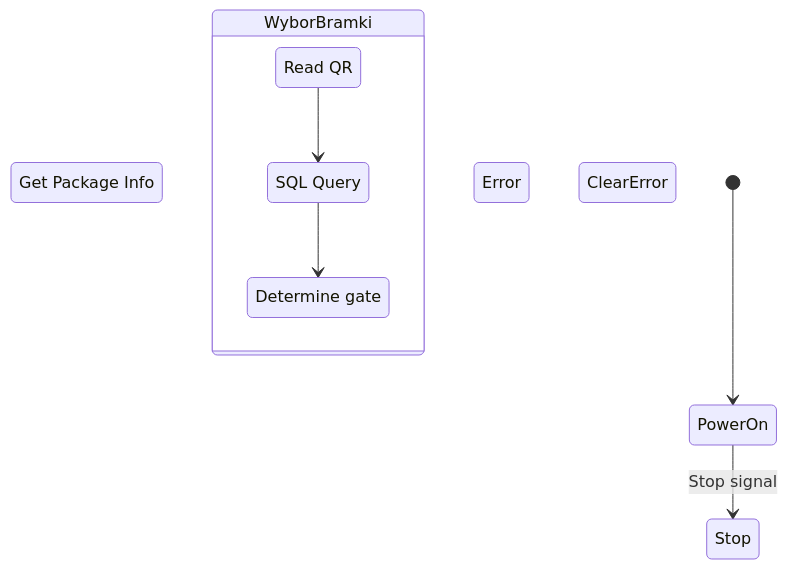
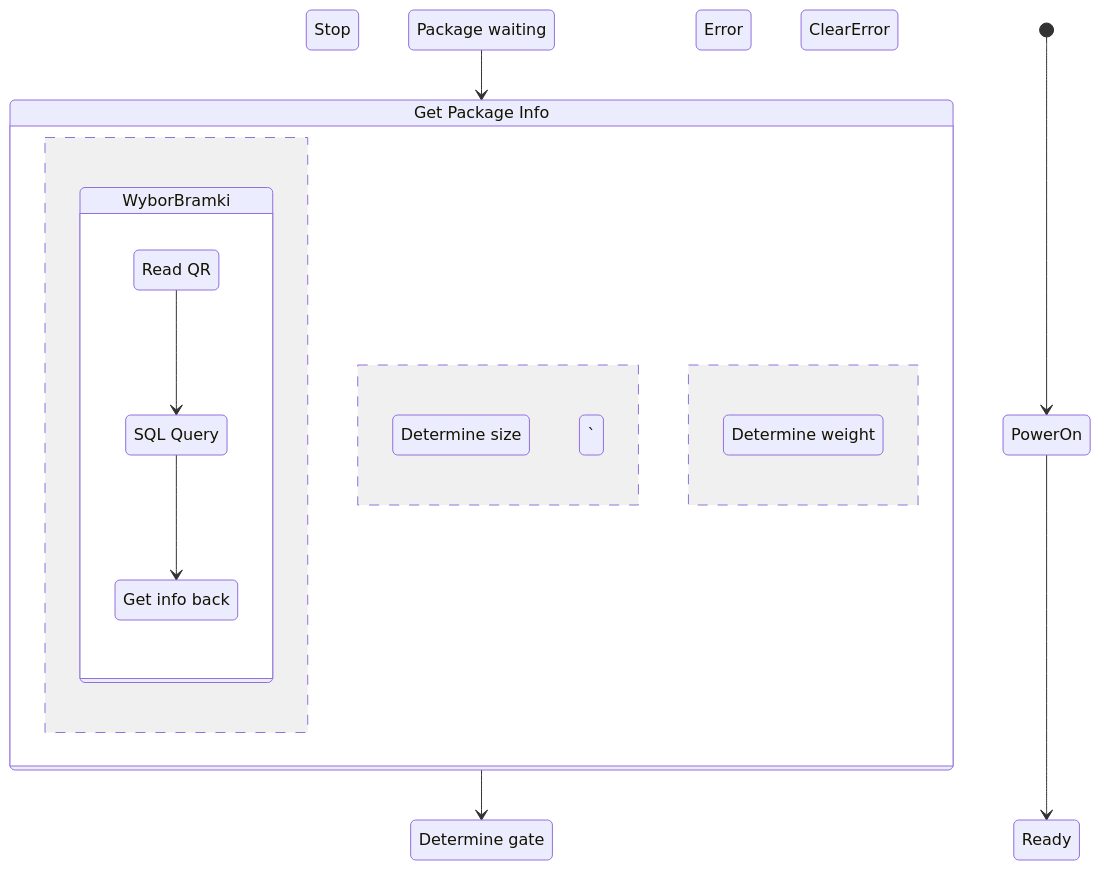
The diagram in README.md (oskarjozwik/ProjektPrzejsciowy), drawn with Mermaid before and after one commit.

````diff
--- a/README.md
+++ b/README.md
@@ -1,24 +1,37 @@
 ```mermaid
 stateDiagram-v2
 %% https://mermaid.ai/open-source/syntax/stateDiagram.html 
 %% definiowanie stanóœ
-    s0 : PowerOn
-    s1: Stop
+    PowerOn
+    Stop
+    Ready
+    s1: Package waiting
     s2: Get Package Info
     s3: Read QR
     s4: SQL Query
-    s5: Determine gate
-    
+    s5: Get info back
+    s6: Determine gate
+    s7: Determine size
+    s8: Determine weight
     
 
     s100: Error
     s101: ClearError
 %% opis relacji
-    [*] --> s0
-    s0 --> s1: Stop signal
+    [*] --> PowerOn
+    PowerOn --> Ready
+    s1 --> s2
+    state s2 {
+        WyborBramki
+        --
+    `   s7
+        --
+        s8      
+    }
+    s2 --> s6
     
     state WyborBramki{
         s3 --> s4
         s4 --> s5
     } 
 ```
````
